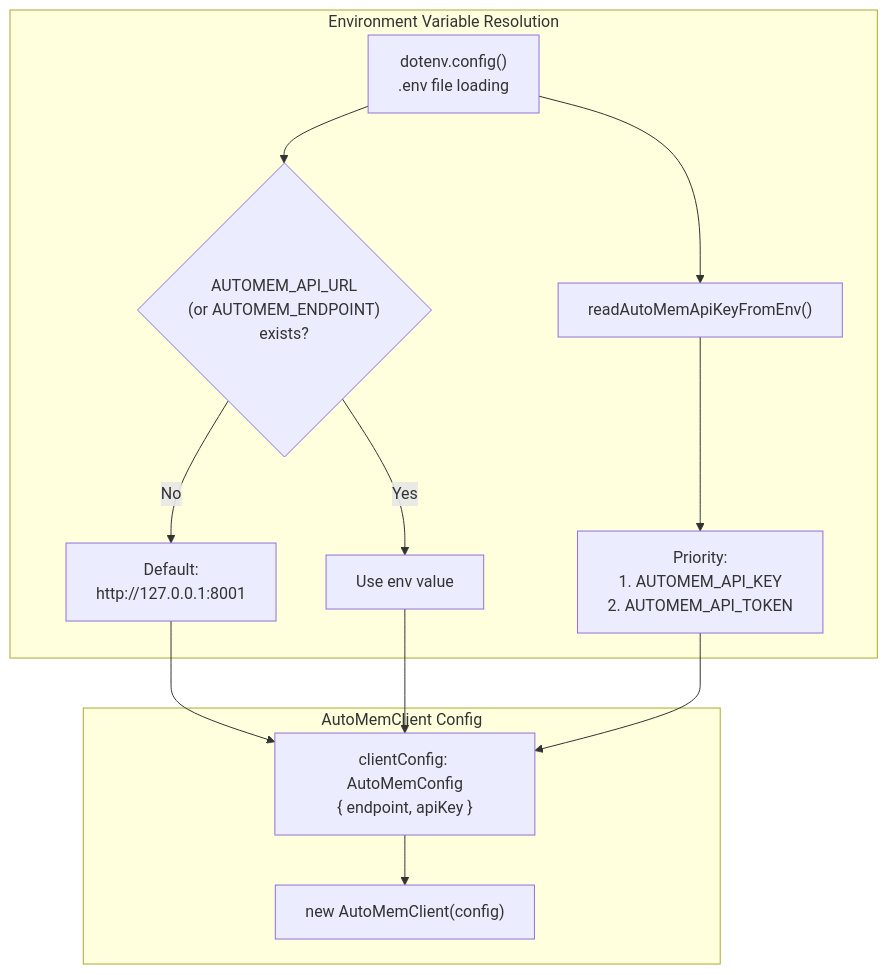
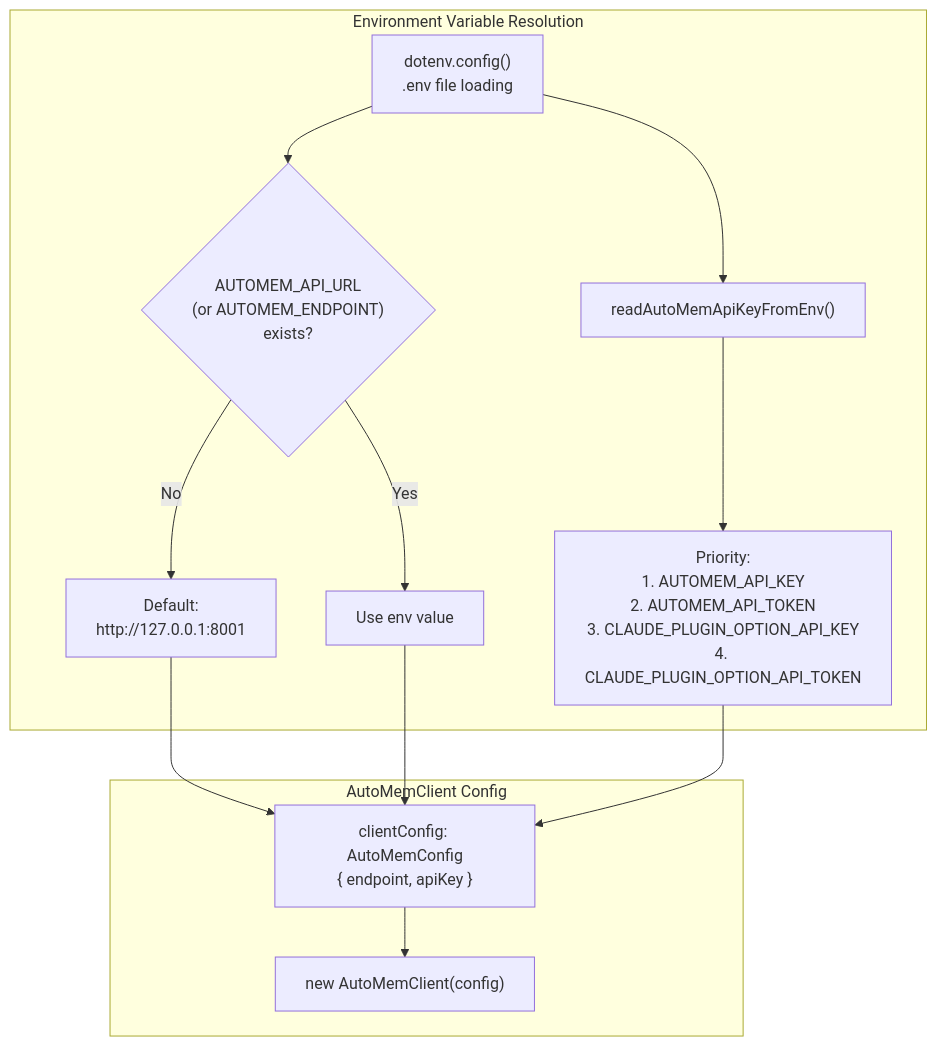
The third of 5 diagrams in src/content/docs/docs/reference/configuration.md (verygoodplugins/automem-website), drawn with Mermaid before and after one commit. The commit also changed other lines of this file, not shown here.

````diff
--- a/src/content/docs/docs/reference/configuration.md
+++ b/src/content/docs/docs/reference/configuration.md
@@ -371,31 +371,31 @@
 ```mermaid
 graph TB
     subgraph Env_Resolution["Environment Variable Resolution"]
         DOTENV["dotenv.config()<br/>.env file loading"]
 
         ENDPOINT_CHECK{"AUTOMEM_API_URL<br/>(or AUTOMEM_ENDPOINT)<br/>exists?"}
         ENDPOINT_DEFAULT["Default:<br/>http://127.0.0.1:8001"]
         ENDPOINT_VALUE["Use env value"]
 
         API_KEY_FUNC["readAutoMemApiKeyFromEnv()"]
-        KEY_PRIORITY["Priority:<br/>1. AUTOMEM_API_KEY<br/>2. AUTOMEM_API_TOKEN"]
+        KEY_PRIORITY["Priority:<br/>1. AUTOMEM_API_KEY<br/>2. AUTOMEM_API_TOKEN<br/>3. CLAUDE_PLUGIN_OPTION_API_KEY<br/>4. CLAUDE_PLUGIN_OPTION_API_TOKEN"]
     end
 
     subgraph Client_Config["AutoMemClient Config"]
         CONFIG_OBJ["clientConfig: AutoMemConfig<br/>{ endpoint, apiKey }"]
         CLIENT_INSTANCE["new AutoMemClient(config)"]
     end
 
     DOTENV --> ENDPOINT_CHECK
     ENDPOINT_CHECK -->|"No"| ENDPOINT_DEFAULT
     ENDPOINT_CHECK -->|"Yes"| ENDPOINT_VALUE
     ENDPOINT_DEFAULT --> CONFIG_OBJ
     ENDPOINT_VALUE --> CONFIG_OBJ
 
     DOTENV --> API_KEY_FUNC
     API_KEY_FUNC --> KEY_PRIORITY
     KEY_PRIORITY --> CONFIG_OBJ
 
 
     CONFIG_OBJ --> CLIENT_INSTANCE
 ```
````
